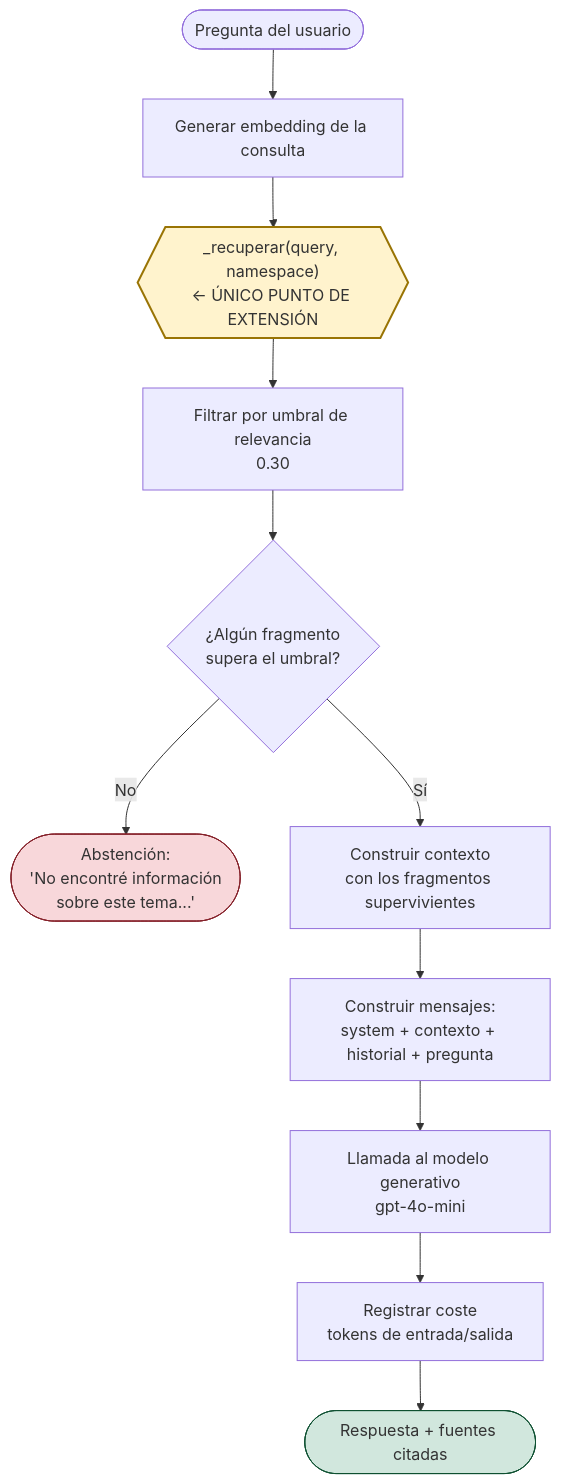
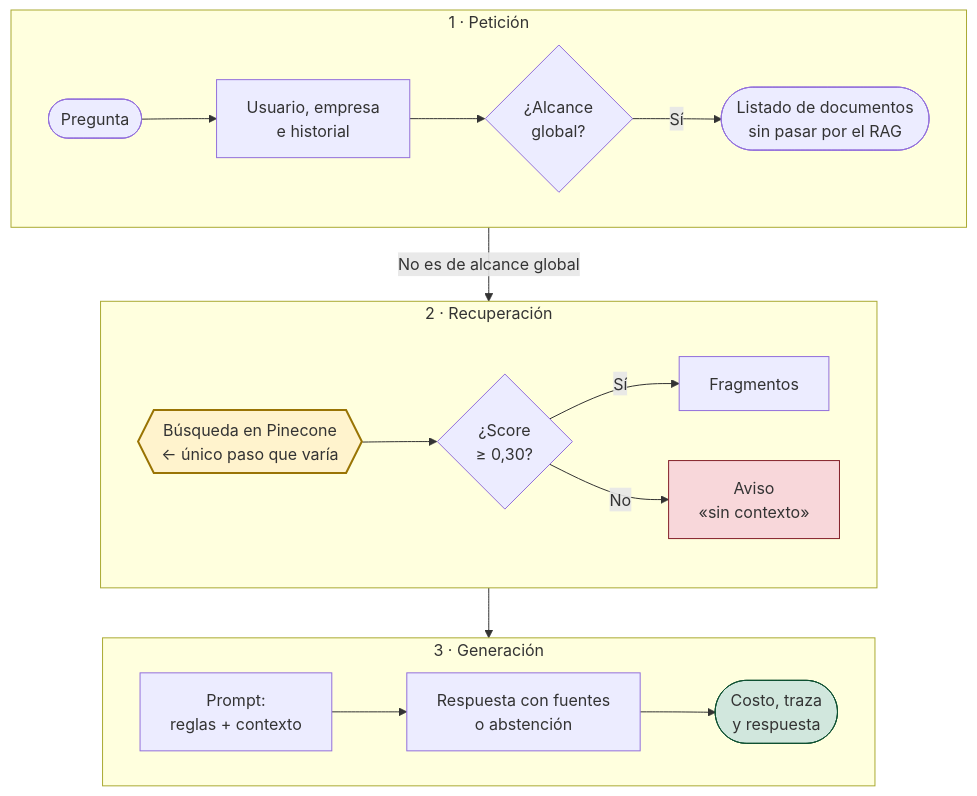
One commit to jsagudelodev/knowledgespace-tfm-backend changed the first of 3 diagrams in docs/TFM/DIAGRAMA_FLUJO_RAG.md. Above: the diagram before and after it, drawn with Mermaid. The commit also changed other lines of this file and 5 other files, not shown here.

Commit message:
Se actualiza la documentacion  y el diagrama

````diff
--- a/docs/TFM/DIAGRAMA_FLUJO_RAG.md
+++ b/docs/TFM/DIAGRAMA_FLUJO_RAG.md
@@ -22,17 +24,29 @@
 ```mermaid
-flowchart TD
-    A([Pregunta del usuario]) --> B[Generar embedding de la consulta]
-    B --> C{{"_recuperar(query, namespace)\n← ÚNICO PUNTO DE EXTENSIÓN"}}
-    C --> D[Filtrar por umbral de relevancia\n0.30]
-    D --> E{"¿Algún fragmento\nsupera el umbral?"}
-    E -- No --> F(["Abstención:\n'No encontré información\nsobre este tema...'"])
-    E -- Sí --> G[Construir contexto\ncon los fragmentos supervivientes]
-    G --> H[Construir mensajes:\nsystem + contexto + historial + pregunta]
-    H --> I[Llamada al modelo generativo\ngpt-4o-mini]
-    I --> J[Registrar coste\ntokens de entrada/salida]
-    J --> K([Respuesta + fuentes citadas])
+flowchart TB
+    subgraph P1 ["1 · Petición"]
+        direction LR
+        A([Pregunta]) --> B["Usuario, empresa<br/>e historial"]
+        B --> D{"¿Alcance<br/>global?"}
+        D -- Sí --> E(["Listado de documentos<br/>sin pasar por el RAG"])
+    end
 
-    style C fill:#fff3cd,stroke:#997404,stroke-width:2px
-    style F fill:#f8d7da,stroke:#842029
-    style K fill:#d1e7dd,stroke:#0f5132
+    subgraph P2 ["2 · Recuperación"]
+        direction LR
+        G{{"Búsqueda en Pinecone<br/>← único paso que varía"}} --> I{"¿Score<br/>≥ 0,30?"}
+        I -- Sí --> J["Fragmentos"]
+        I -- No --> K["Aviso<br/>«sin contexto»"]
+    end
+
+    subgraph P3 ["3 · Generación"]
+        direction LR
+        L["Prompt:<br/>reglas + contexto"] --> M["Respuesta con fuentes<br/>o abstención"]
+        M --> Q([Costo, traza<br/>y respuesta])
+    end
+
+    P1 -- "No es de alcance global" --> P2
+    P2 --> P3
+
+    style G fill:#fff3cd,stroke:#997404,stroke-width:2px
+    style K fill:#f8d7da,stroke:#842029
+    style Q fill:#d1e7dd,stroke:#0f5132
 ```
````
